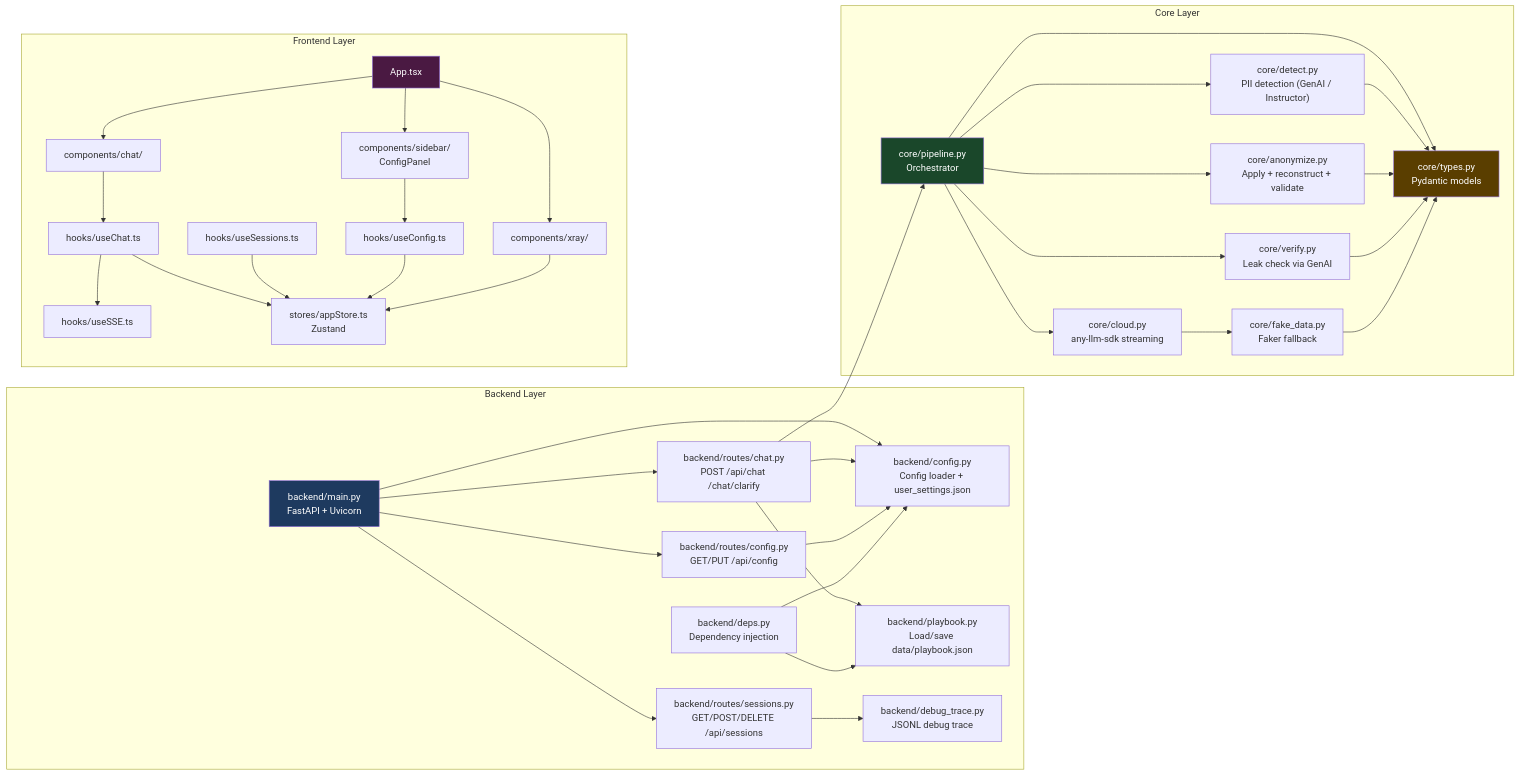
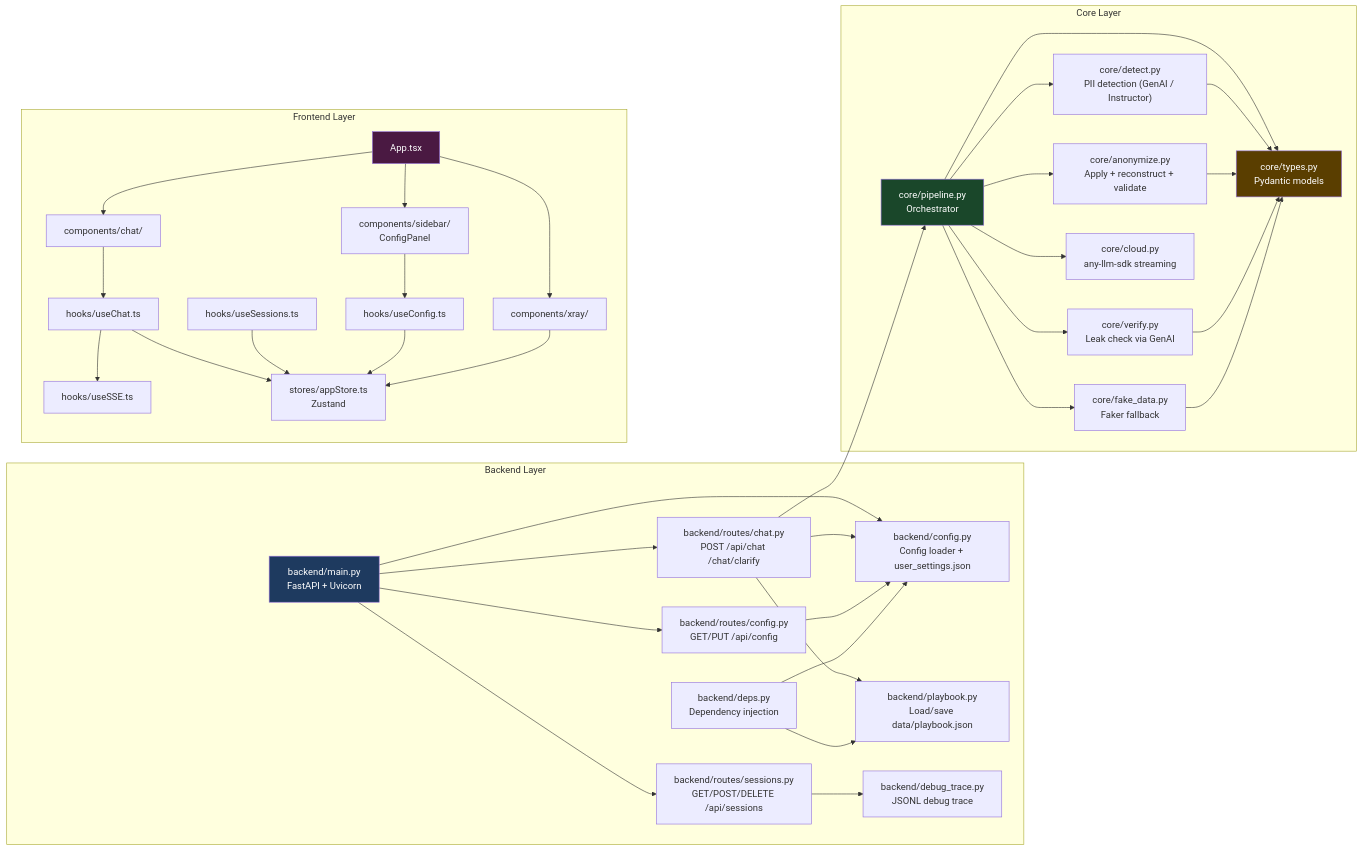
The sixth of 6 diagrams in diagrams.md (itzrnvr/CloakChat), drawn with Mermaid before and after one commit. The commit also changed other lines of this file and 3 other files, not shown here.

Commit message:
docs: fix inaccuracies in docs.md and diagrams.md

````diff
--- a/diagrams.md
+++ b/diagrams.md
@@ -348,74 +347,74 @@
 ```mermaid
 graph LR
     subgraph "Backend Layer"
         main["backend/main.py\nFastAPI + Uvicorn"]
         cfg["backend/config.py\nConfig loader + user_settings.json"]
         chat["backend/routes/chat.py\nPOST /api/chat /chat/clarify"]
         configRoute["backend/routes/config.py\nGET/PUT /api/config"]
         sessions["backend/routes/sessions.py\nGET/POST/DELETE /api/sessions"]
         playbook["backend/playbook.py\nLoad/save data/playbook.json"]
         debug["backend/debug_trace.py\nJSONL debug trace"]
         deps["backend/deps.py\nDependency injection"]
     end
 
     subgraph "Core Layer"
         pipeline["core/pipeline.py\nOrchestrator"]
         detection["core/detect.py\nPII detection (GenAI / Instructor)"]
         replacement["core/anonymize.py\nApply + reconstruct + validate"]
         verification["core/verify.py\nLeak check via GenAI"]
         llm["core/cloud.py\nany-llm-sdk streaming"]
         fake["core/fake_data.py\nFaker fallback"]
         types["core/types.py\nPydantic models"]
     end
 
     subgraph "Frontend Layer"
         App["App.tsx"]
         ChatComp["components/chat/"]
         XRayComp["components/xray/"]
         Sidebar["components/sidebar/\nConfigPanel"]
         useChat["hooks/useChat.ts"]
         useSSE["hooks/useSSE.ts"]
         useSessions["hooks/useSessions.ts"]
         useConfig["hooks/useConfig.ts"]
         appStore["stores/appStore.ts\nZustand"]
     end
 
     main --> chat
     main --> configRoute
     main --> sessions
     main --> cfg
     chat --> pipeline
     chat --> cfg
     chat --> playbook
     configRoute --> cfg
     sessions --> debug
     deps --> cfg
     deps --> playbook
 
     pipeline --> detection
     pipeline --> replacement
     pipeline --> verification
     pipeline --> llm
+    pipeline --> fake
     pipeline --> types
     detection --> types
     replacement --> types
     verification --> types
-    llm --> fake
     fake --> types
 
     App --> ChatComp
     App --> XRayComp
     App --> Sidebar
     ChatComp --> useChat
     useChat --> useSSE
     useChat --> appStore
     useSessions --> appStore
     useConfig --> appStore
     XRayComp --> appStore
     Sidebar --> useConfig
 
     style main fill:#1e3a5f,color:white
     style pipeline fill:#1a472a,color:white
     style App fill:#4a1942,color:white
     style types fill:#5a3e00,color:white
 ```
````
